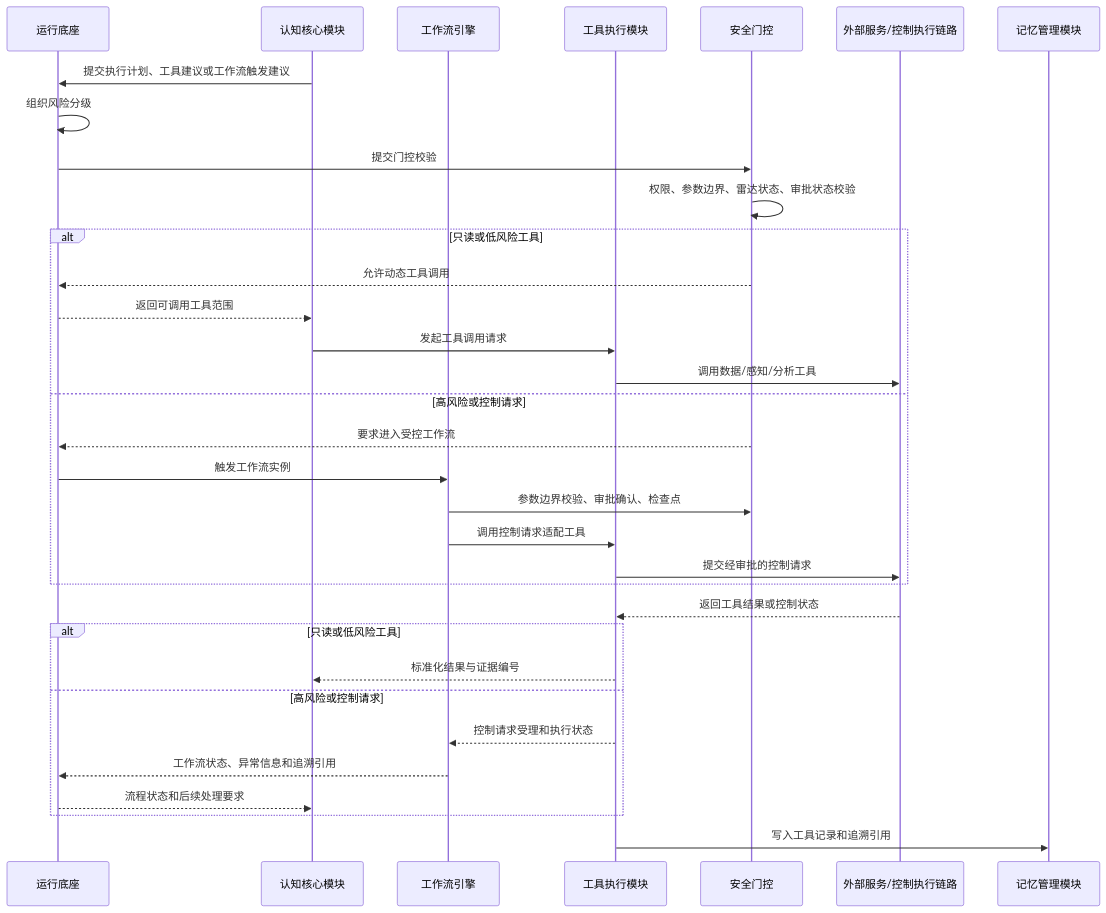
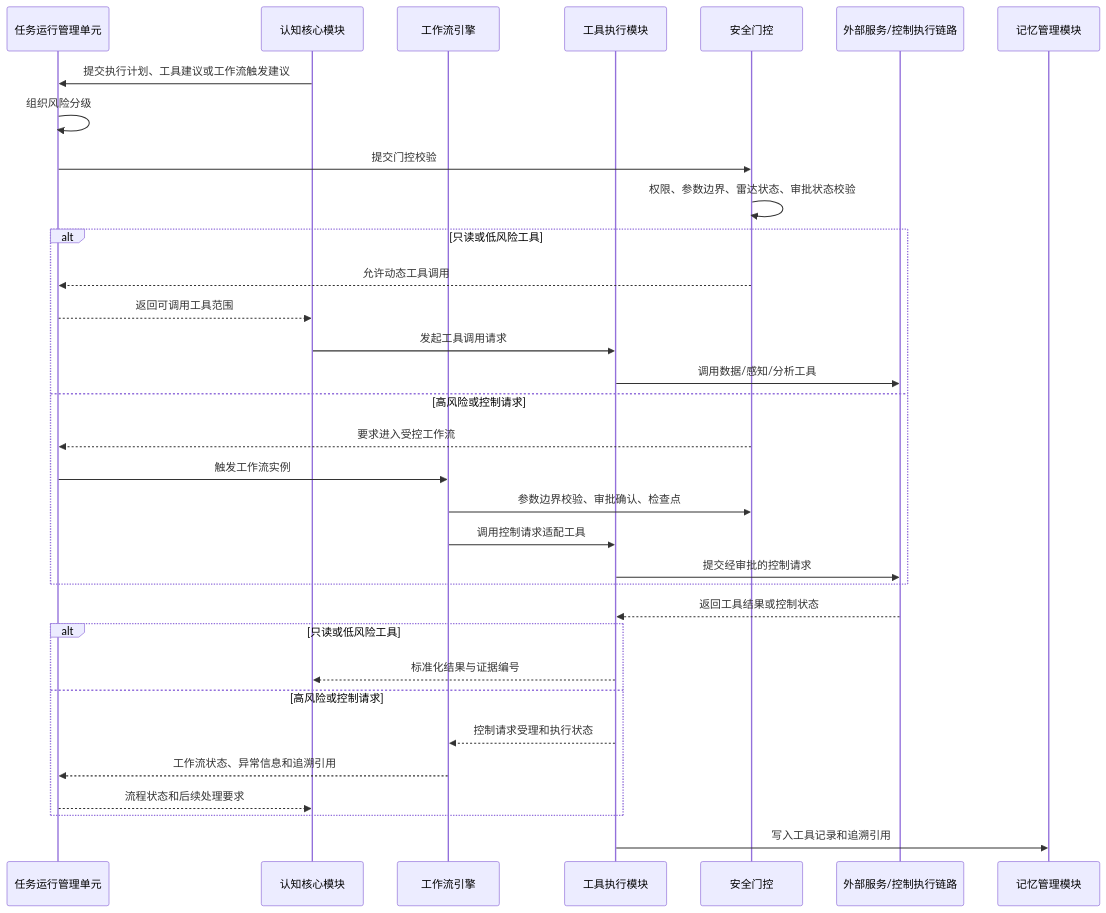
One commit to StormSeven1/obsidian-vault changed the sixth of 7 diagrams in radar agent/4.3.3.2 LD智能体子系统技术方案.md. Above: the diagram before and after it, drawn with Mermaid. The commit also changed other lines of this file, not shown here.

````diff
--- a/radar agent/4.3.3.2 LD智能体子系统技术方案.md
+++ b/radar agent/4.3.3.2 LD智能体子系统技术方案.md
@@ -422,36 +424,36 @@
 ```mermaid
 sequenceDiagram
-    participant H as 运行底座
+    participant H as 任务运行管理单元
     participant C as 认知核心模块
     participant W as 工作流引擎
     participant T as 工具执行模块
     participant G as 安全门控
     participant R as 外部服务/控制执行链路
     participant M as 记忆管理模块
 
     C->>H: 提交执行计划、工具建议或工作流触发建议
     H->>H: 组织风险分级
     H->>G: 提交门控校验
     G->>G: 权限、参数边界、雷达状态、审批状态校验
     alt 只读或低风险工具
         G-->>H: 允许动态工具调用
         H-->>C: 返回可调用工具范围
         C->>T: 发起工具调用请求
         T->>R: 调用数据/感知/分析工具
     else 高风险或控制请求
         G-->>H: 要求进入受控工作流
         H->>W: 触发工作流实例
         W->>G: 参数边界校验、审批确认、检查点
         W->>T: 调用控制请求适配工具
         T->>R: 提交经审批的控制请求
     end
     R-->>T: 返回工具结果或控制状态
     alt 只读或低风险工具
         T-->>C: 标准化结果与证据编号
     else 高风险或控制请求
         T-->>W: 控制请求受理和执行状态
         W-->>H: 工作流状态、异常信息和追溯引用
         H-->>C: 流程状态和后续处理要求
     end
     T->>M: 写入工具记录和追溯引用
 ```
````
